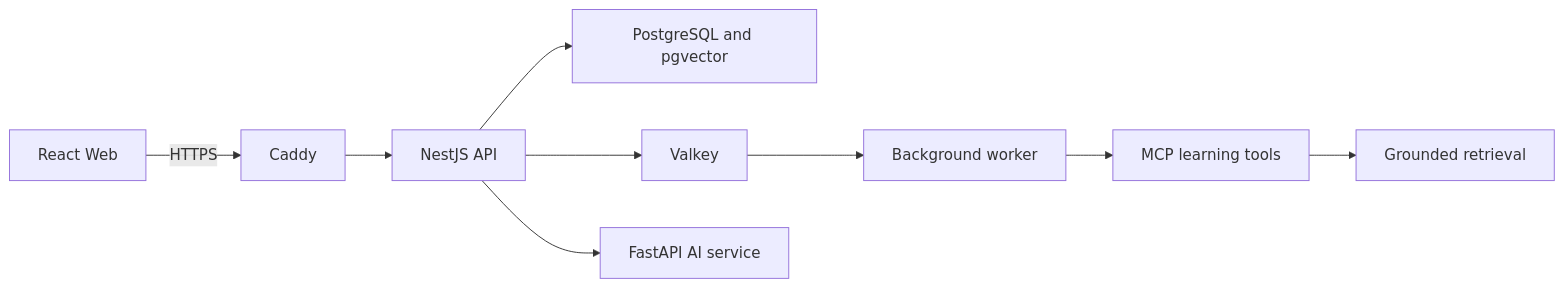
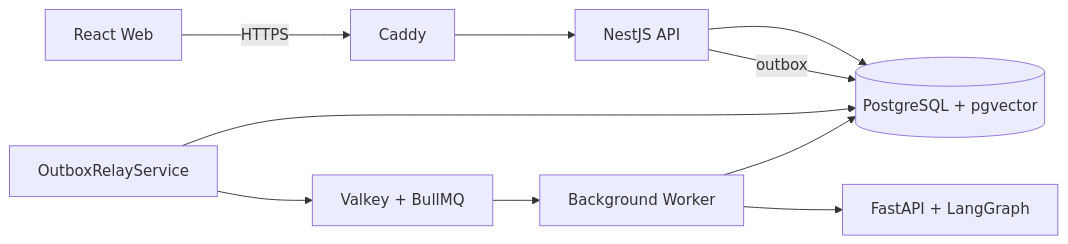
Before and after one commit to NearthYou/Studytube: the first of 2 diagrams in README.md, drawn with Mermaid. The commit also changed other lines of this file and 8 other files, not shown here.

````diff
--- a/README.md
+++ b/README.md
@@ -76,11 +70,12 @@
 ```mermaid
 flowchart LR
   Browser[React Web] -->|HTTPS| Caddy
   Caddy --> API[NestJS API]
-  API --> PostgreSQL[PostgreSQL and pgvector]
-  API --> Valkey
-  Valkey --> Worker[Background worker]
-  Worker --> MCP[MCP learning tools]
-  MCP --> Retrieval[Grounded retrieval]
-  API --> AI[FastAPI AI service]
+  API --> DB[(PostgreSQL + pgvector)]
+  API -->|outbox| DB
+  Relay[OutboxRelayService] --> DB
+  Relay --> Queue[Valkey + BullMQ]
+  Queue --> Worker[Background Worker]
+  Worker --> AI[FastAPI + LangGraph]
+  Worker --> DB
 ```
````
